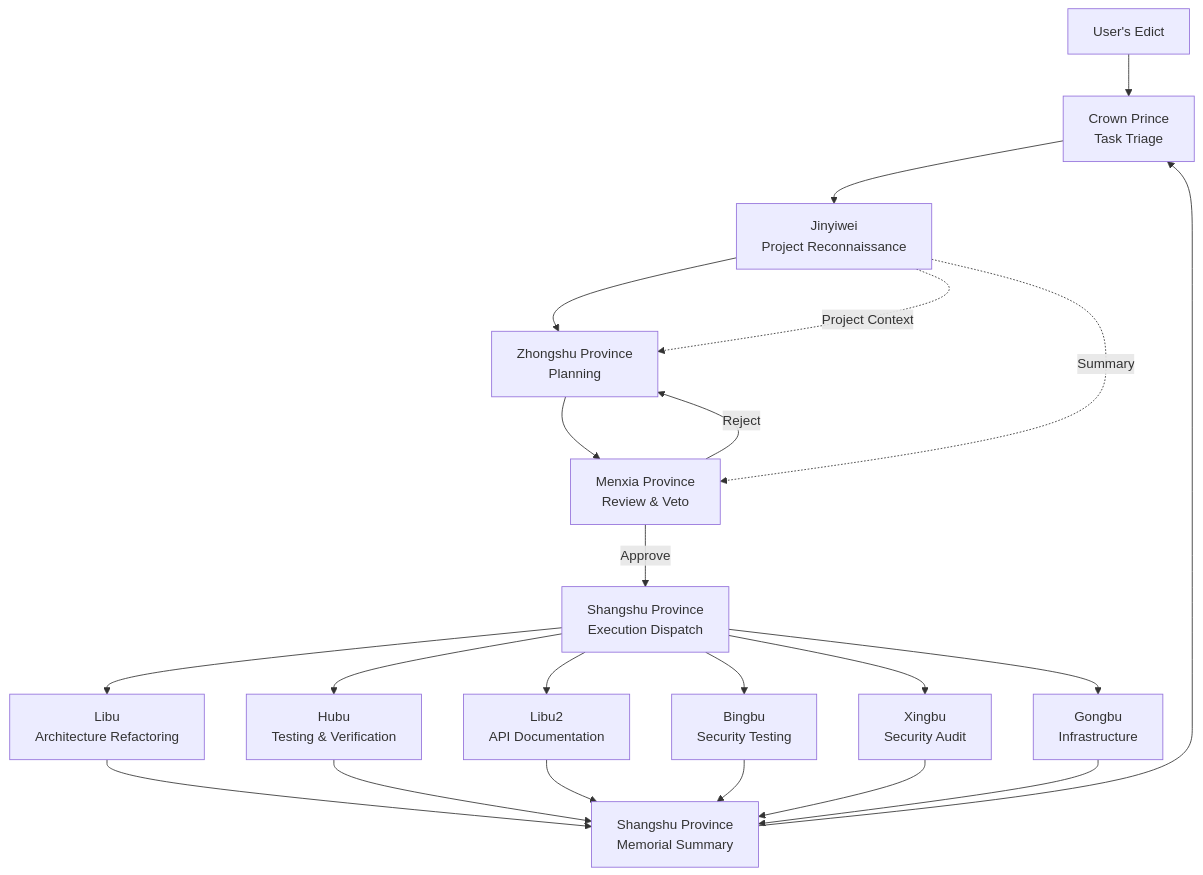
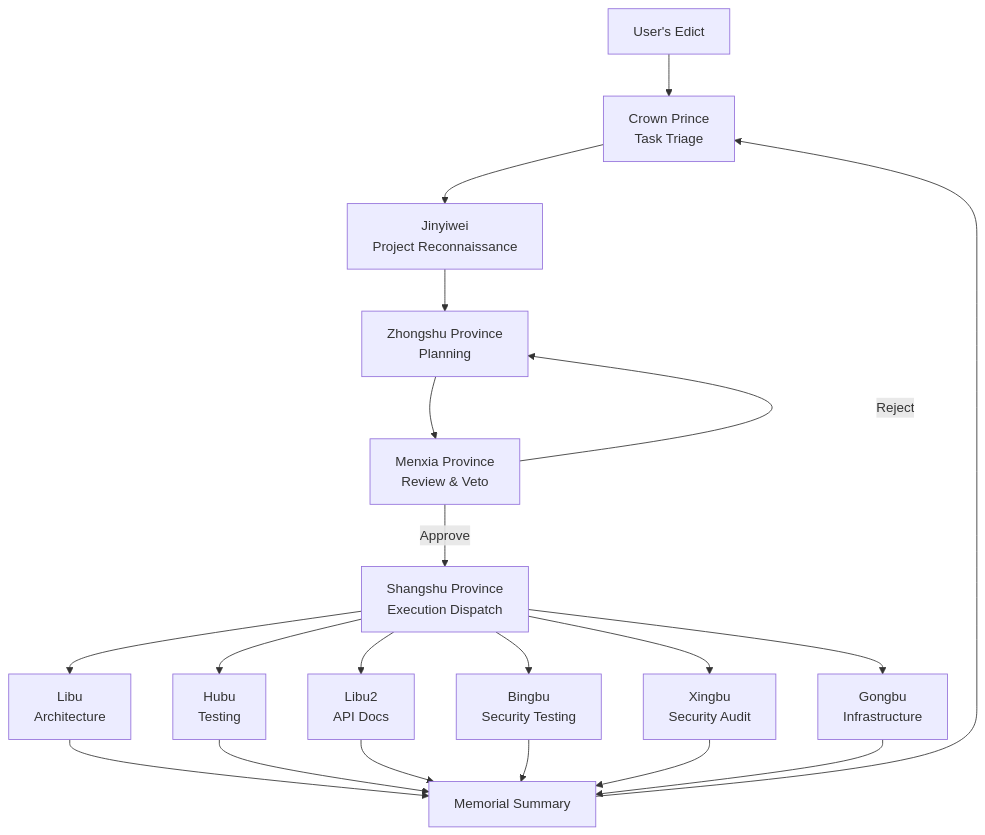
Before and after one commit to sjzsdu/Emperor: the second of 2 diagrams in README.md, drawn with Mermaid. The commit also changed other lines of this file and 1 other file, not shown here.

````diff
--- a/README.md
+++ b/README.md
@@ -7,24 +117,22 @@
 ```mermaid
 graph TD
     User["User's Edict"] --> Taizi["Crown Prince<br/>Task Triage"]
     Taizi --> Jinyiwei["Jinyiwei<br/>Project Reconnaissance"]
     Jinyiwei --> Zhongshu["Zhongshu Province<br/>Planning"]
     Zhongshu --> Menxia["Menxia Province<br/>Review & Veto"]
     Menxia -->|Reject| Zhongshu
     Menxia -->|Approve| Shangshu["Shangshu Province<br/>Execution Dispatch"]
-    Shangshu --> Libu["Libu<br/>Architecture Refactoring"]
-    Shangshu --> Hubu["Hubu<br/>Testing & Verification"]
-    Shangshu --> Libu2["Libu2<br/>API Documentation"]
+    Shangshu --> Libu["Libu<br/>Architecture"]
+    Shangshu --> Hubu["Hubu<br/>Testing"]
+    Shangshu --> Libu2["Libu2<br/>API Docs"]
     Shangshu --> Bingbu["Bingbu<br/>Security Testing"]
     Shangshu --> Xingbu["Xingbu<br/>Security Audit"]
     Shangshu --> Gongbu["Gongbu<br/>Infrastructure"]
-    Libu --> Memorial["Shangshu Province<br/>Memorial Summary"]
+    Libu --> Memorial["Memorial Summary"]
     Hubu --> Memorial
     Libu2 --> Memorial
     Bingbu --> Memorial
     Xingbu --> Memorial
     Gongbu --> Memorial
     Memorial --> Taizi
-    Jinyiwei -.->|Project Context| Zhongshu
-    Jinyiwei -.->|Summary| Menxia
 ```
````
